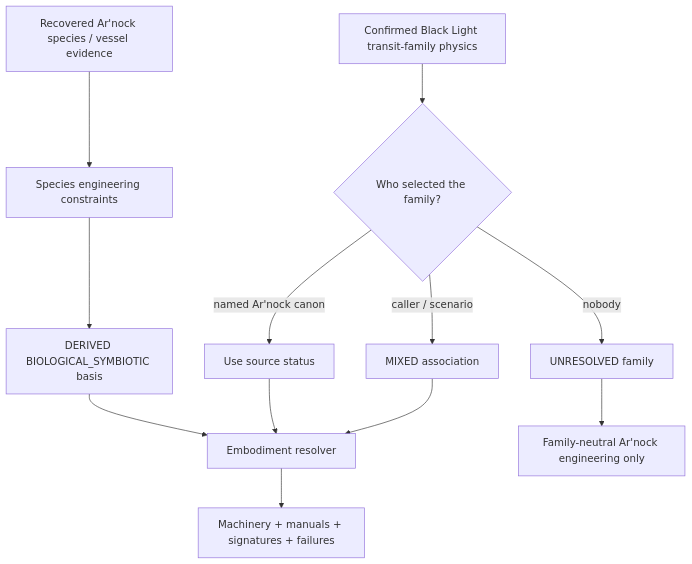
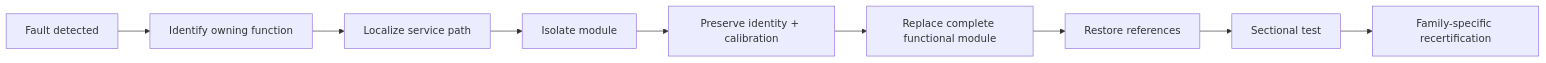
Before and after one commit to mrcalzon02/HB-TTRPG-tools: the first of 4 diagrams in docs/blacklight/ARNOCK_FTL_FAMILY_EMBODIMENT_FIELD_MANUAL.md, drawn with Mermaid. The commit also changed other lines of this file, not shown here.

Commit message:
Rewrite Ar'nock FTL field manual for modular solid-state technology

````diff
--- a/docs/blacklight/ARNOCK_FTL_FAMILY_EMBODIMENT_FIELD_MANUAL.md
+++ b/docs/blacklight/ARNOCK_FTL_FAMILY_EMBODIMENT_FIELD_MANUAL.md
@@ -59,14 +71,11 @@
 ```mermaid
-flowchart TD
-    A[Recovered Ar'nock species / vessel evidence] --> B[Species engineering constraints]
-    B --> C[DERIVED BIOLOGICAL_SYMBIOTIC basis]
-    D[Confirmed Black Light transit-family physics] --> E{Who selected the family?}
-    E -->|named Ar'nock canon| F[Use source status]
-    E -->|caller / scenario| G[MIXED association]
-    E -->|nobody| H[UNRESOLVED family]
-    C --> I[Embodiment resolver]
-    F --> I
-    G --> I
-    I --> J[Machinery + manuals + signatures + failures]
-    H --> K[Family-neutral Ar'nock engineering only]
+flowchart LR
+    A[Fault detected] --> B[Identify owning function]
+    B --> C[Localize service path]
+    C --> D[Isolate module]
+    D --> E[Preserve identity + calibration]
+    E --> F[Replace complete functional module]
+    F --> G[Restore references]
+    G --> H[Sectional test]
+    H --> I[Family-specific recertification]
 ```
````
